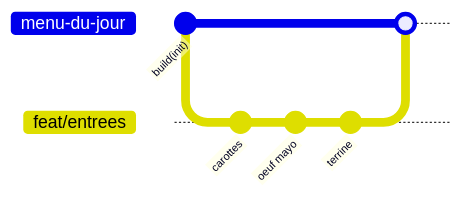
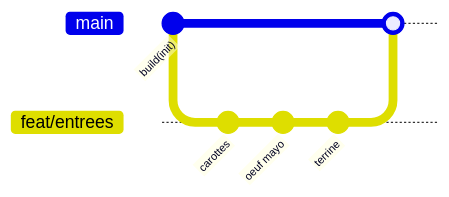
The second of 6 diagrams in README.md (L3-MIAGE-GRENOBLE/l3m-git-2026-2027), drawn with Mermaid before and after one commit. The commit also changed other lines of this file and 6 other files, not shown here.

````diff
--- a/README.md
+++ b/README.md
@@ -147,11 +178,10 @@
 ```mermaid
-%%{init: {'gitGraph': {'mainBranchName': 'menu-du-jour'}}}%%
 gitGraph
    commit id: "build(init)"
    branch feat/entrees
    commit id: "carottes"
    commit id: "oeuf mayo"
    commit id: "terrine"
-   checkout menu-du-jour
+   checkout main
    merge feat/entrees
 ```
````
